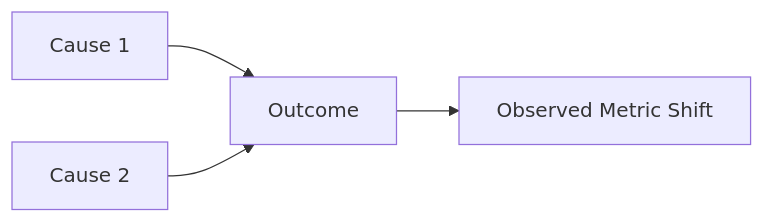
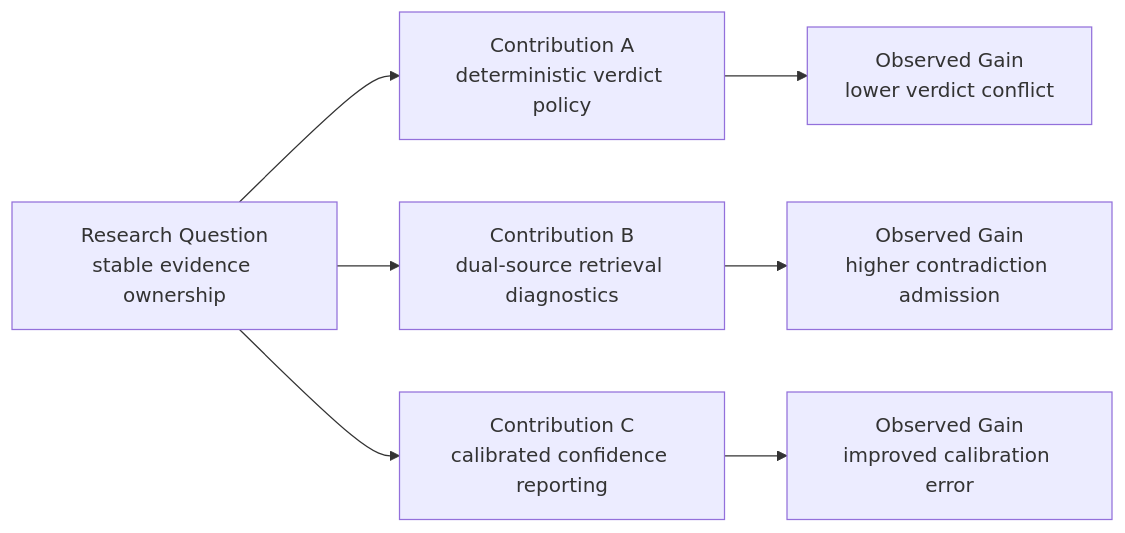
The fifth of 5 diagrams in methodology/figures/01-method-overview-pack.md (Luxia-AI/docs), drawn with Mermaid before and after one commit. The commit also changed other lines of this file and 9 other files, not shown here.

First line of the commit message:
Refactor methodology figures with updated Mermaid diagrams and enhanced clarity across multiple packs. Key changes include:

````diff
--- a/methodology/figures/01-method-overview-pack.md
+++ b/methodology/figures/01-method-overview-pack.md
@@ -124,6 +167,16 @@
 ```mermaid
-graph LR
-    A[Cause 1] --> C[Outcome]
-    B[Cause 2] --> C
-    C --> D[Observed Metric Shift]
+flowchart LR
+  RQ1[Research Question
+stable evidence ownership] --> C1[Contribution A
+deterministic verdict policy]
+  RQ1 --> C2[Contribution B
+dual-source retrieval diagnostics]
+  RQ1 --> C3[Contribution C
+calibrated confidence reporting]
+  C1 --> V1[Observed Gain
+lower verdict conflict]
+  C2 --> V2[Observed Gain
+higher contradiction admission]
+  C3 --> V3[Observed Gain
+improved calibration error]
 ```
````
